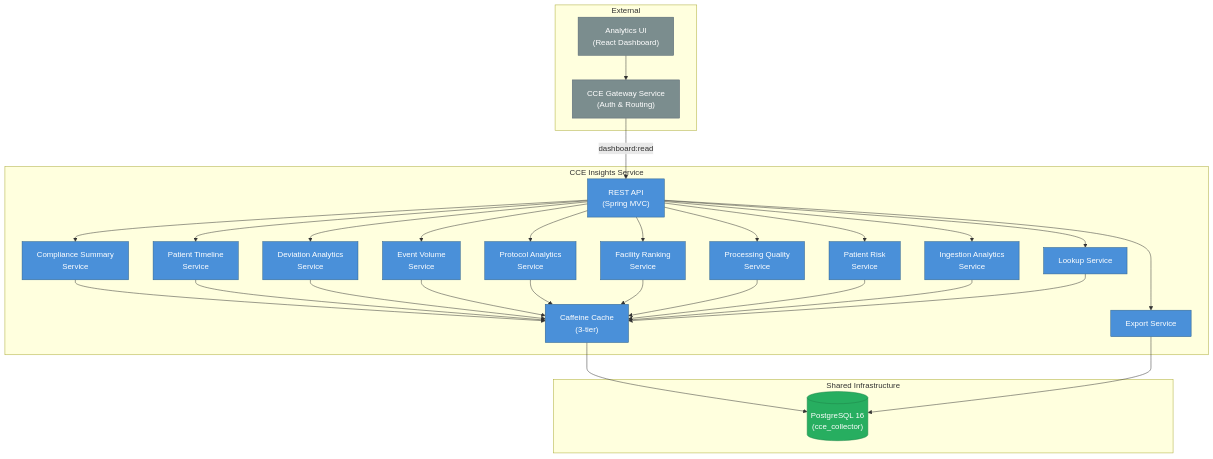
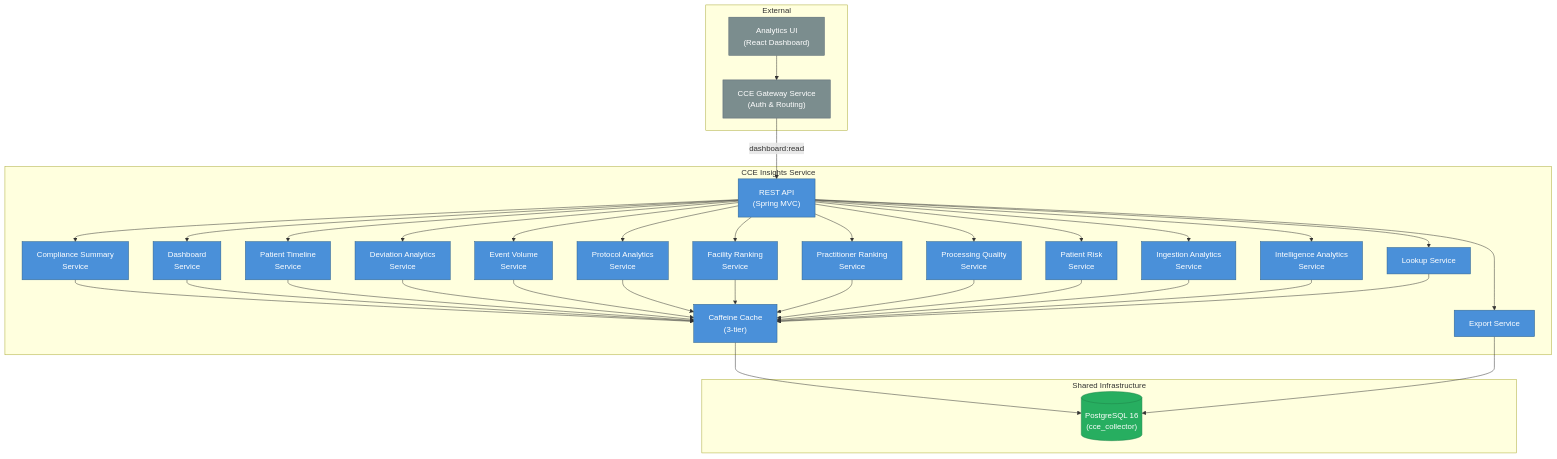
The diagram in docs/architecture-overview.md (AjishaVayoli-Tarento/cce-insights-service), drawn with Mermaid before and after one commit. The commit also changed other lines of this file and 9 other files, not shown here.

Commit message:
feat: update README and documentation for v1.1.0 release, including new dashboard and practitioner ranking features

````diff
--- a/docs/architecture-overview.md
+++ b/docs/architecture-overview.md
@@ -9,61 +9,70 @@
 ```mermaid
 graph TB
     subgraph External
         UI["Analytics UI<br/>(React Dashboard)"]
         GATEWAY["CCE Gateway Service<br/>(Auth & Routing)"]
     end
 
     subgraph CCE Insights Service
         API["REST API<br/>(Spring MVC)"]
         CACHE["Caffeine Cache<br/>(3-tier)"]
         SUMMARY["Compliance Summary<br/>Service"]
+        DASHBOARD["Dashboard<br/>Service"]
         TIMELINE["Patient Timeline<br/>Service"]
         DEVIATION["Deviation Analytics<br/>Service"]
         EVENTVOLUME["Event Volume<br/>Service"]
         PROTOCOL["Protocol Analytics<br/>Service"]
         FACILITY["Facility Ranking<br/>Service"]
+        PRACTITIONER["Practitioner Ranking<br/>Service"]
         QUALITY["Processing Quality<br/>Service"]
         RISK["Patient Risk<br/>Service"]
         INGESTION["Ingestion Analytics<br/>Service"]
+        INTELLIGENCE["Intelligence Analytics<br/>Service"]
         EXPORT["Export Service"]
         LOOKUP["Lookup Service"]
     end
 
     subgraph Shared Infrastructure
         DB[("PostgreSQL 16<br/>(cce_collector)")]
     end
 
     UI --> GATEWAY
     GATEWAY -->|"dashboard:read"| API
     API --> SUMMARY
+    API --> DASHBOARD
     API --> TIMELINE
     API --> DEVIATION
     API --> EVENTVOLUME
     API --> PROTOCOL
     API --> FACILITY
+    API --> PRACTITIONER
     API --> QUALITY
     API --> RISK
     API --> INGESTION
+    API --> INTELLIGENCE
     API --> EXPORT
     API --> LOOKUP
     SUMMARY --> CACHE
+    DASHBOARD --> CACHE
     TIMELINE --> CACHE
     DEVIATION --> CACHE
     EVENTVOLUME --> CACHE
     PROTOCOL --> CACHE
     FACILITY --> CACHE
+    PRACTITIONER --> CACHE
     QUALITY --> CACHE
     RISK --> CACHE
     INGESTION --> CACHE
+    INTELLIGENCE --> CACHE
     LOOKUP --> CACHE
     CACHE --> DB
     EXPORT --> DB
 
     classDef service fill:#4A90D9,stroke:#2C5F8A,color:white
     classDef external fill:#7B8D8E,stroke:#566573,color:white
     classDef data fill:#27AE60,stroke:#1E8449,color:white
 
-    class API,SUMMARY,TIMELINE,DEVIATION,EVENTVOLUME,PROTOCOL,FACILITY,QUALITY,RISK,INGESTION,EXPORT,LOOKUP,CACHE service
+    class API,SUMMARY,DASHBOARD,TIMELINE,DEVIATION,EVENTVOLUME,PROTOCOL,FACILITY,PRACTITIONER,QUALITY,RISK,INGESTION,INTELLIGENCE,EXPORT,LOOKUP,CACHE service
     class UI,GATEWAY external
     class DB data
 ```
````
